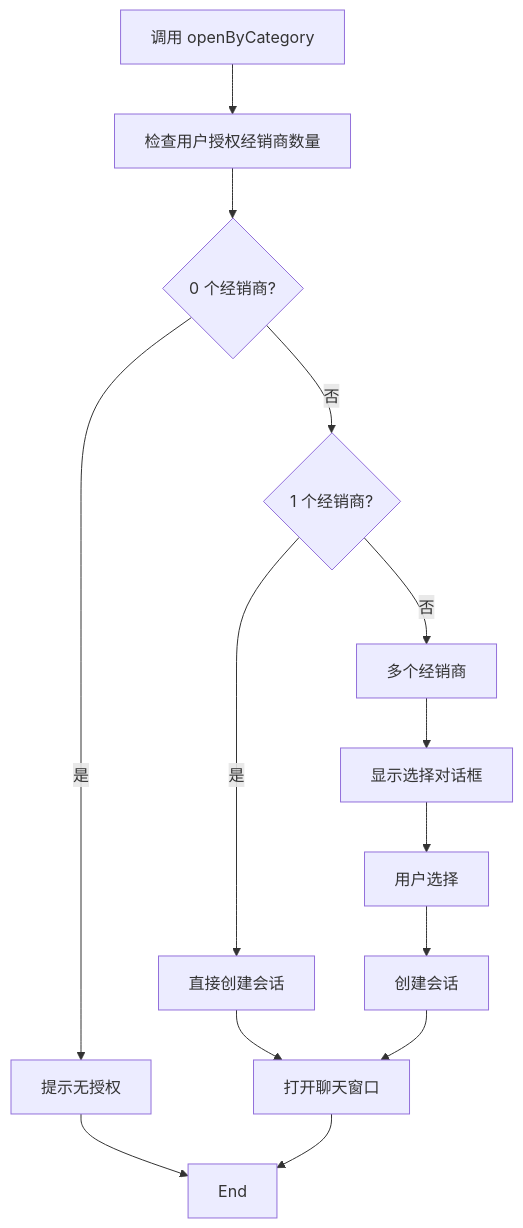
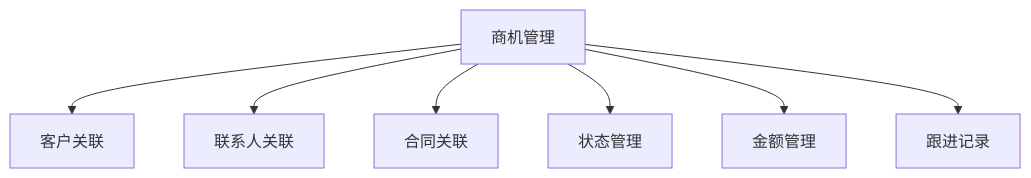
Before and after one commit to xiaoche80s-tech/rouyi-vue-pro: the ninth of 16 diagrams in .qoder/repowiki/zh/content/前端架构/前端架构.md, drawn with Mermaid. The commit also changed other lines of this file and 900 other files, not shown here.

````diff
--- a/.qoder/repowiki/zh/content/前端架构/前端架构.md
+++ b/.qoder/repowiki/zh/content/前端架构/前端架构.md
@@ -442,10 +459,9 @@
 ```mermaid
-flowchart TD
-Start["调用 openByCategory"] --> Check["检查用户授权经销商数量"]
-Check --> Zero{"0 个经销商?"}
-Zero --> |是| NoAuth["提示无授权"] --> End
-Zero --> |否| One{"1 个经销商?"}
-One --> |是| DirectCreate["直接创建会话"] --> OpenChat["打开聊天窗口"] --> End
-One --> |否| Multi["多个经销商"] --> ShowDialog["显示选择对话框"] --> Select["用户选择"] --> Create["创建会话"] --> OpenChat
-End
+graph TB
+Business["商机管理"] --> Customer["客户关联"]
+Business --> Contact["联系人关联"]
+Business --> Contract["合同关联"]
+Business --> Status["状态管理"]
+Business --> Amount["金额管理"]
+Business --> Follow["跟进记录"]
 ```
````
